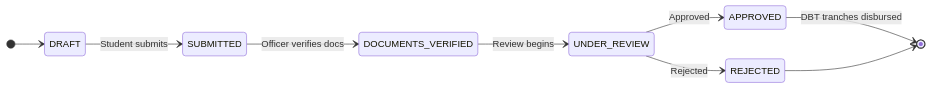
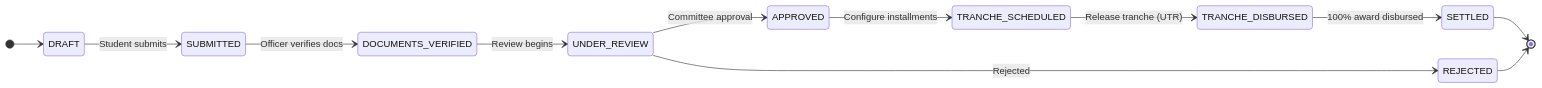
One commit to vedantgrd/vidyut changed the first of 2 diagrams in README.md. Above: the diagram before and after it, drawn with Mermaid. The commit also changed other lines of this file and 52 other files, not shown here.

````diff
--- a/README.md
+++ b/README.md
@@ -92,12 +92,15 @@
 ```mermaid
 stateDiagram-v2
     direction LR
     [*] --> DRAFT
     DRAFT --> SUBMITTED: Student submits
     SUBMITTED --> DOCUMENTS_VERIFIED: Officer verifies docs
     DOCUMENTS_VERIFIED --> UNDER_REVIEW: Review begins
-    UNDER_REVIEW --> APPROVED: Approved
+    UNDER_REVIEW --> APPROVED: Committee approval
     UNDER_REVIEW --> REJECTED: Rejected
-    APPROVED --> [*]: DBT tranches disbursed
+    APPROVED --> TRANCHE_SCHEDULED: Configure installments
+    TRANCHE_SCHEDULED --> TRANCHE_DISBURSED: Release tranche (UTR)
+    TRANCHE_DISBURSED --> SETTLED: 100% award disbursed
+    SETTLED --> [*]
     REJECTED --> [*]
 ```
````
